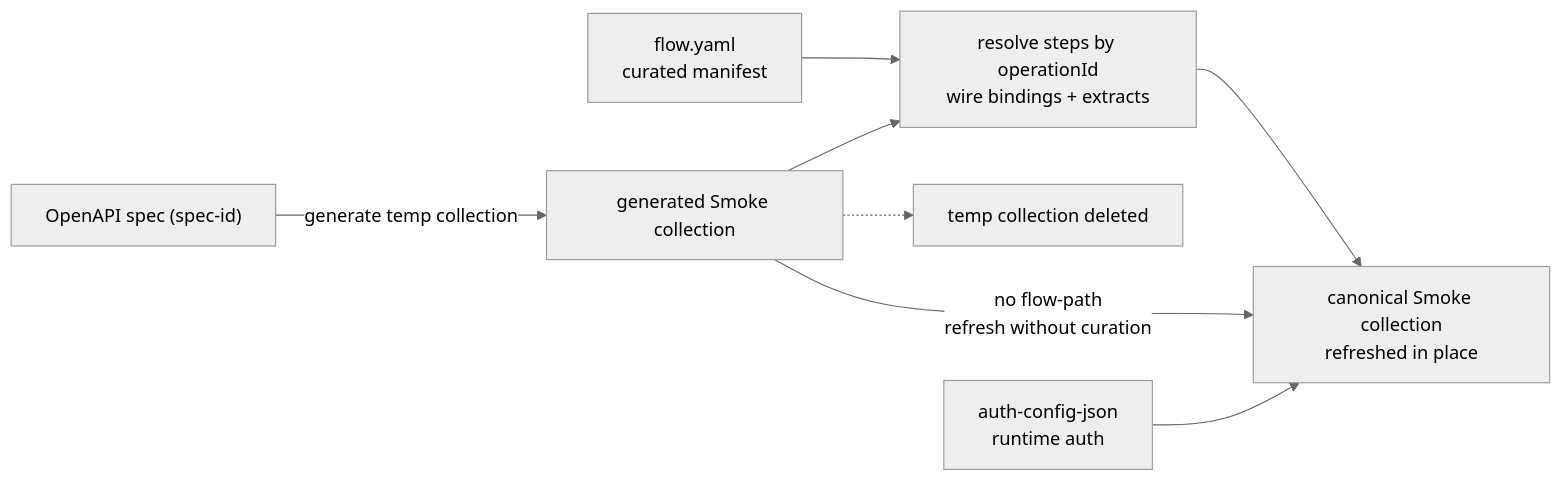
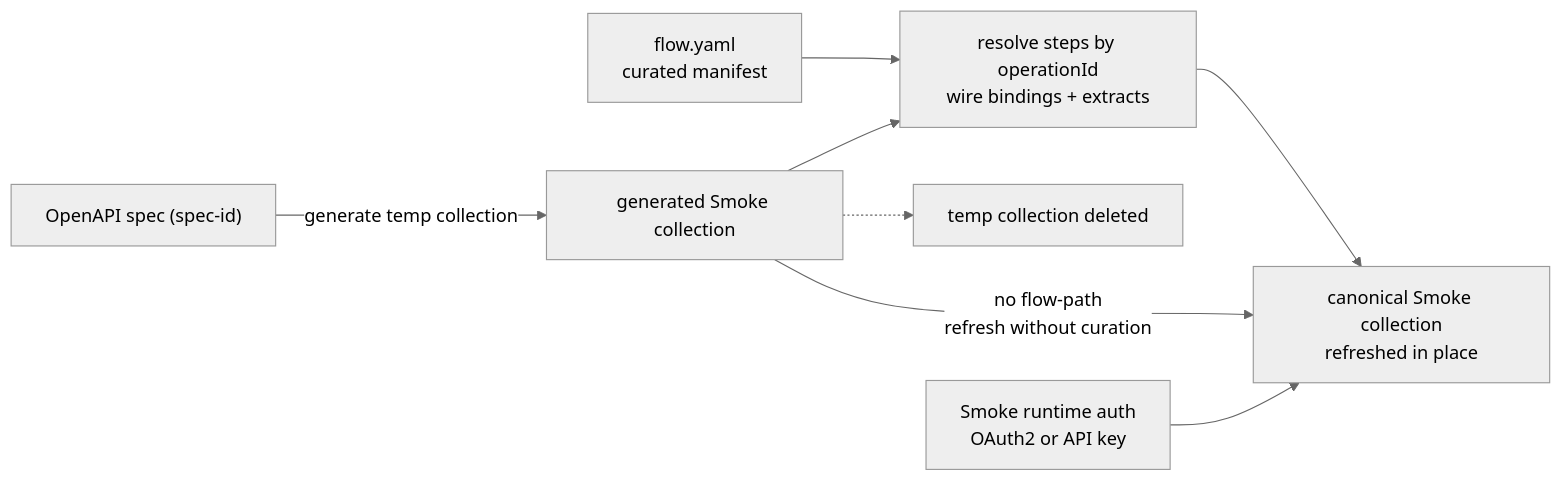
The diagram in README.md (postman-cs/postman-smoke-flow-action), drawn with Mermaid (neutral theme) before and after one commit. The commit also changed other lines of this file and 1 other file, not shown here.

Commit message:
Clarify smoke runtime auth docs

````diff
--- a/README.md
+++ b/README.md
@@ -234,10 +234,10 @@
 ```mermaid
 flowchart LR
     M["flow.yaml<br/>curated manifest"] --> R
     S["OpenAPI spec (spec-id)"] -->|"generate temp collection"| G["generated Smoke collection"]
     G --> R["resolve steps by operationId<br/>wire bindings + extracts"]
     R --> C["canonical Smoke collection<br/>refreshed in place"]
     G -->|"no flow-path<br/>refresh without curation"| C
     G -.-> T["temp collection deleted"]
-    O["auth-config-json<br/>runtime auth"] --> C
+    O["Smoke runtime auth<br/>OAuth2 or API key"] --> C
 ```
````
